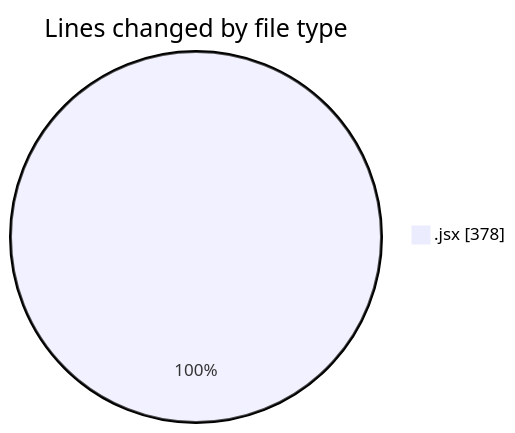
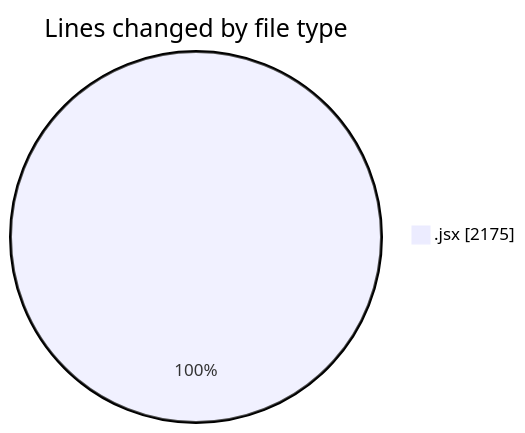
The first of 2 diagrams in 2026-01-12/nxtqube_webapp/README.md (nxtqubesakshisongat/code-tracking), drawn with Mermaid before and after one commit. The commit also changed other lines of this file and 1 other file, not shown here.

````diff
--- a/2026-01-12/nxtqube_webapp/README.md
+++ b/2026-01-12/nxtqube_webapp/README.md
@@ -21,5 +22,5 @@
 ```mermaid
 pie showData
 title Lines changed by file type
-".jsx" : 378
+".jsx" : 2175
 ```
````
